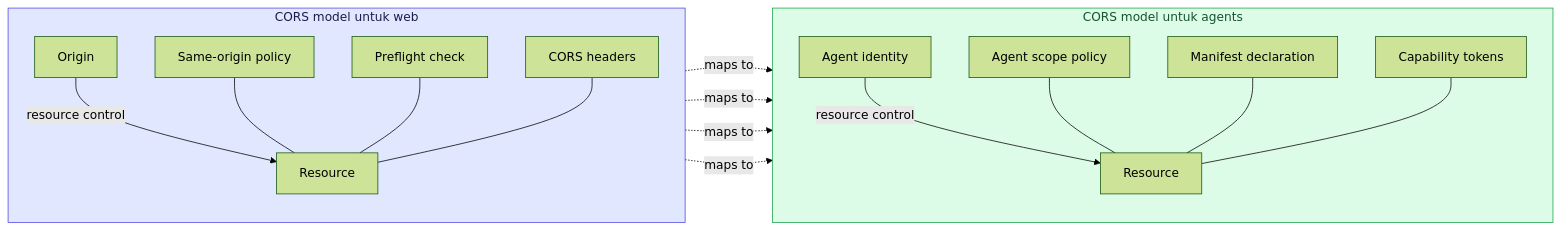
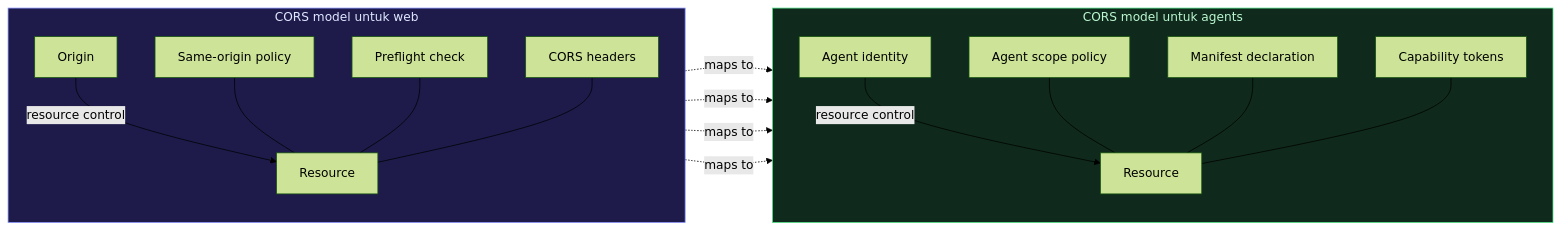
The third of 4 diagrams in src/content/posts/ms/age-04-agent-os-goose.md (arifbazli/malay-tech-journal), drawn with Mermaid (forest theme) before and after one commit. The commit also changed other lines of this file and 16 other files, not shown here.

First line of the commit message:
fix(mermaid): fix light-theme colors and rendering bugs across all diagrams

````diff
--- a/src/content/posts/ms/age-04-agent-os-goose.md
+++ b/src/content/posts/ms/age-04-agent-os-goose.md
@@ -132,25 +132,25 @@
 ```mermaid
 flowchart LR
   subgraph web [CORS model untuk web]
     direction TB
     W1[Origin] -->|resource control| W2[Resource]
     W3[Same-origin policy] --- W2
     W4[Preflight check] --- W2
     W5[CORS headers] --- W2
   end
   subgraph agents [CORS model untuk agents]
     direction TB
     A1[Agent identity] -->|resource control| A2[Resource]
     A3[Agent scope policy] --- A2
     A4[Manifest declaration] --- A2
     A5[Capability tokens] --- A2
   end
   W1 -.->|maps to| A1
   W3 -.->|maps to| A3
   W4 -.->|maps to| A4
   W5 -.->|maps to| A5
-  classDef web fill:#e0e7ff,stroke:#4f46e5,color:#1e1b4b
-  classDef agent fill:#dcfce7,stroke:#16a34a,color:#14532d
+  classDef web fill:#1e1b4b,stroke:#818cf8,color:#e0e7ff
+  classDef agent fill:#0f2a1c,stroke:#4ade80,color:#bbf7d0
   class web web
   class agents agent
 ```
````
